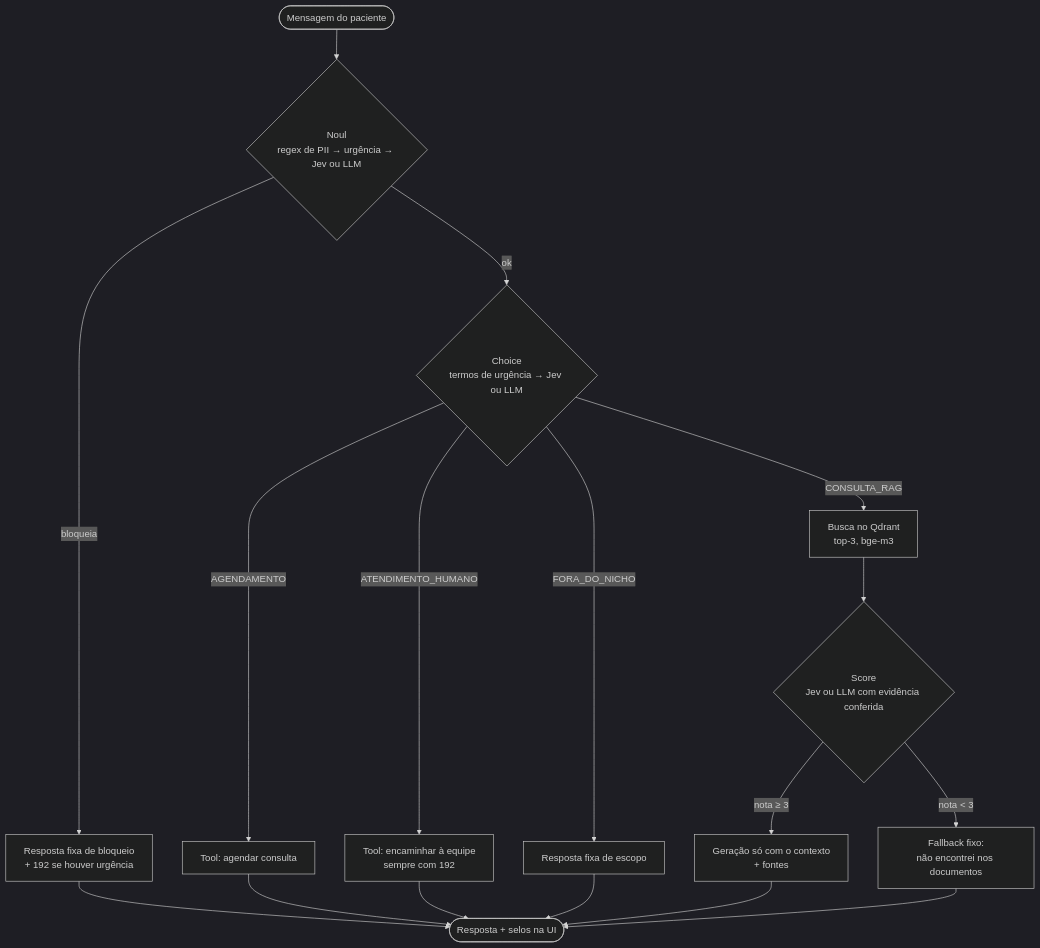
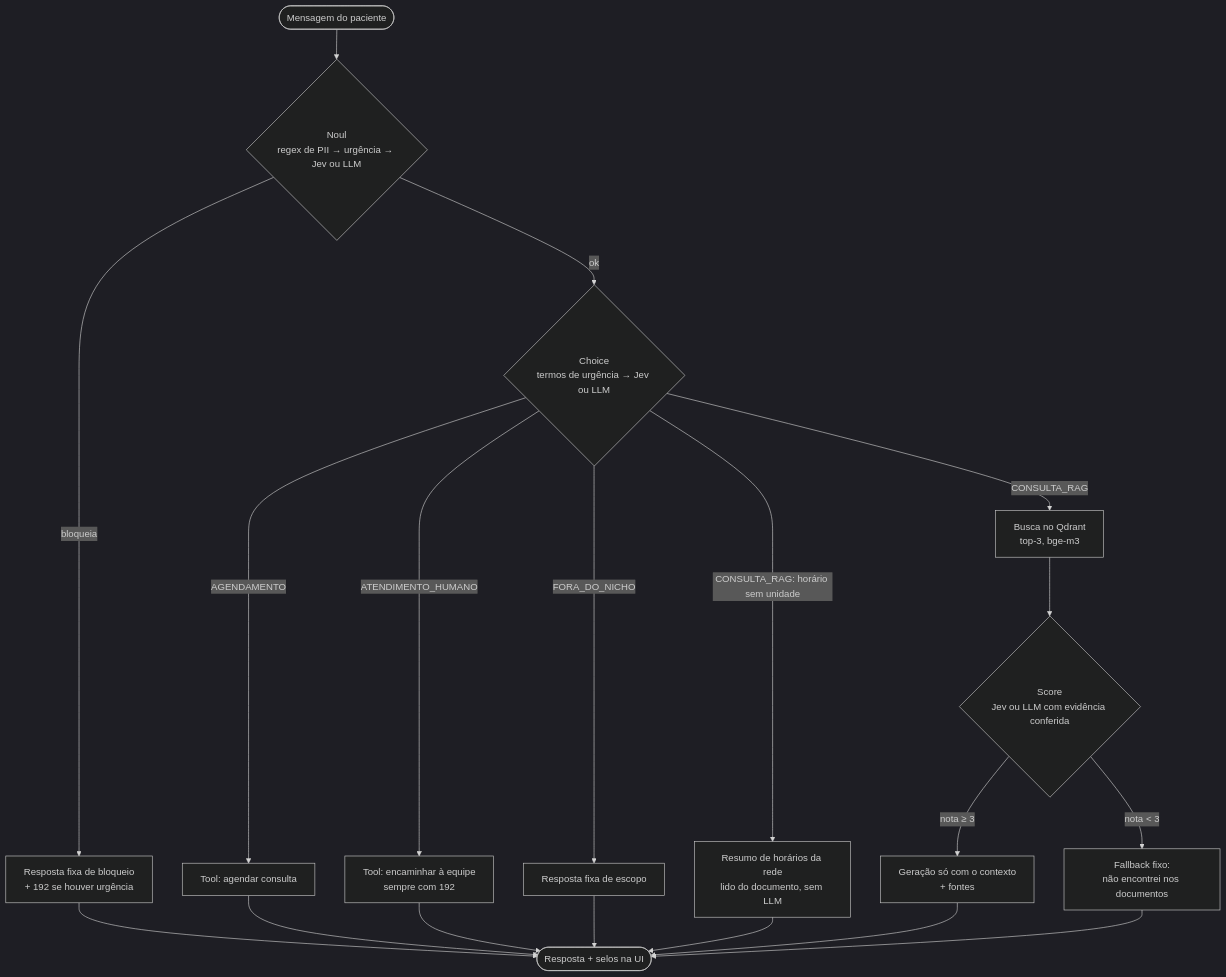
One commit to ricardodatadev/agent-ia changed the diagram in README.md. Above: the diagram before and after it, drawn with Mermaid (dark theme). The commit also changed other lines of this file and 11 other files, not shown here.

First line of the commit message:
feat(rede): pergunta de horário sem unidade respondida com o resumo da rede, sem LLM (T-32)

````diff
--- a/README.md
+++ b/README.md
@@ -35,14 +35,15 @@
 ```mermaid
 flowchart TD
     START([Mensagem do paciente]) --> NOUL{"Noul<br/>regex de PII → urgência → Jev ou LLM"}
     NOUL -- bloqueia --> BLOQ[Resposta fixa de bloqueio<br/>+ 192 se houver urgência]
     NOUL -- ok --> CHOICE{"Choice<br/>termos de urgência → Jev ou LLM"}
     CHOICE -- CONSULTA_RAG --> RET[Busca no Qdrant<br/>top-3, bge-m3]
     CHOICE -- AGENDAMENTO --> AGD[Tool: agendar consulta]
     CHOICE -- ATENDIMENTO_HUMANO --> ATD[Tool: encaminhar à equipe<br/>sempre com 192]
     CHOICE -- FORA_DO_NICHO --> FDN[Resposta fixa de escopo]
+    CHOICE -- "CONSULTA_RAG: horário sem unidade" --> HOR[Resumo de horários da rede<br/>lido do documento, sem LLM]
     RET --> SCORE{"Score<br/>Jev ou LLM com evidência conferida"}
     SCORE -- "nota ≥ 3" --> GEN[Geração só com o contexto<br/>+ fontes]
     SCORE -- "nota < 3" --> FB[Fallback fixo:<br/>não encontrei nos documentos]
-    BLOQ & AGD & ATD & FDN & GEN & FB --> END([Resposta + selos na UI])
+    BLOQ & AGD & ATD & FDN & HOR & GEN & FB --> END([Resposta + selos na UI])
 ```
````
